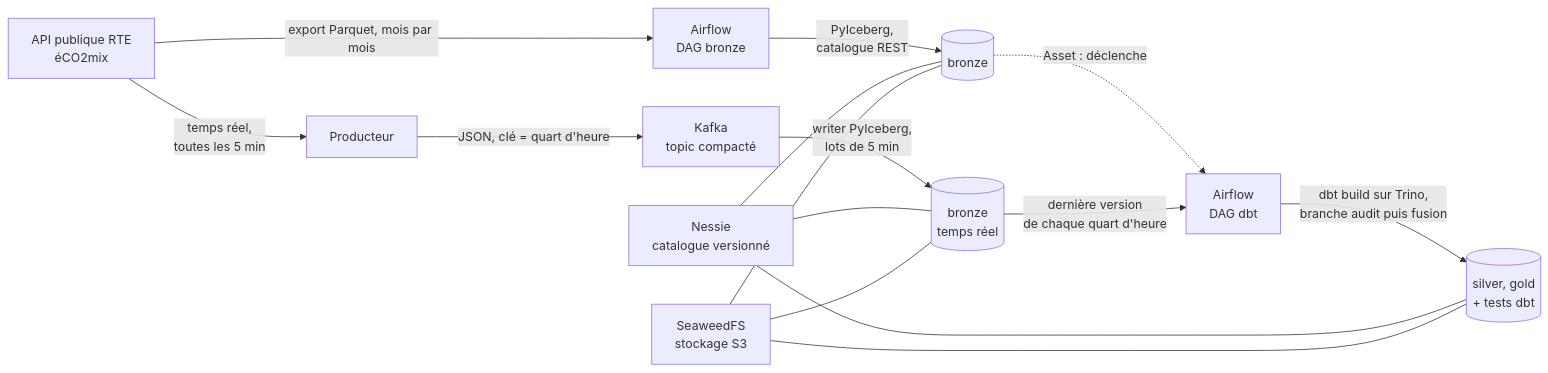
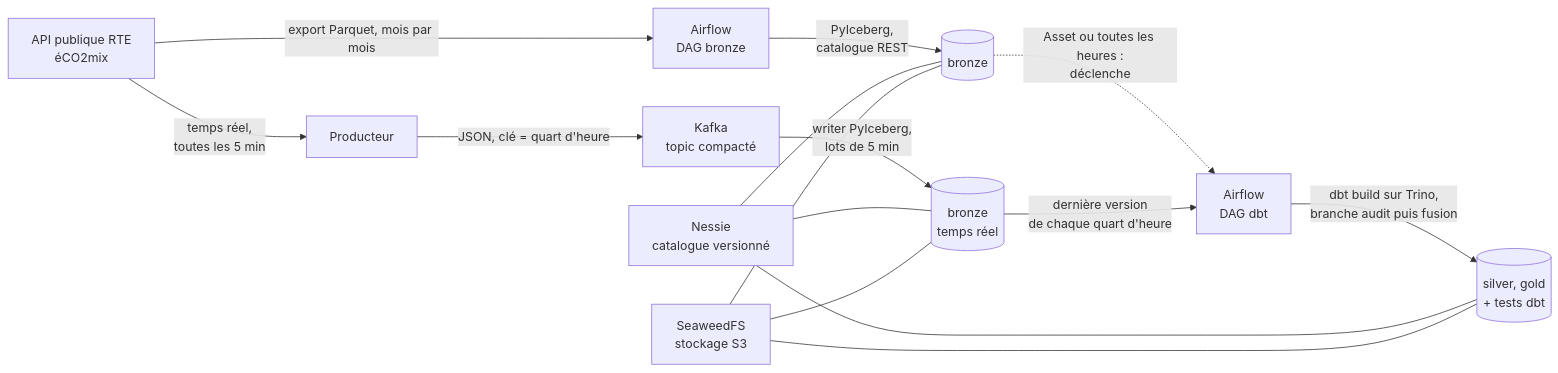
One commit to Maeva-RODRIGUES/wattlake changed the first of 2 diagrams in README.md. Above: the diagram before and after it, drawn with Mermaid. The commit also changed other lines of this file and 5 other files, not shown here.

````diff
--- a/README.md
+++ b/README.md
@@ -47,17 +47,17 @@
 ```mermaid
 flowchart LR
     API[API publique RTE<br/>éCO2mix] -->|export Parquet, mois par mois| AF[Airflow<br/>DAG bronze]
     AF -->|PyIceberg,<br/>catalogue REST| BR[(bronze)]
-    BR -.->|Asset : déclenche| DBT[Airflow<br/>DAG dbt]
+    BR -.->|Asset ou toutes les heures :<br/>déclenche| DBT[Airflow<br/>DAG dbt]
     DBT -->|dbt build sur Trino,<br/>branche audit puis fusion| SG[(silver, gold<br/>+ tests dbt)]
     NES[Nessie<br/>catalogue versionné] --- BR
     NES --- SG
     S3[SeaweedFS<br/>stockage S3] --- BR
     S3 --- SG
     API -->|temps réel,<br/>toutes les 5 min| PR[Producteur]
     PR -->|JSON, clé = quart d'heure| K[Kafka<br/>topic compacté]
     K -->|writer PyIceberg,<br/>lots de 5 min| RT[(bronze<br/>temps réel)]
     RT -->|dernière version<br/>de chaque quart d'heure| DBT
     NES --- RT
     S3 --- RT
 ```
````
